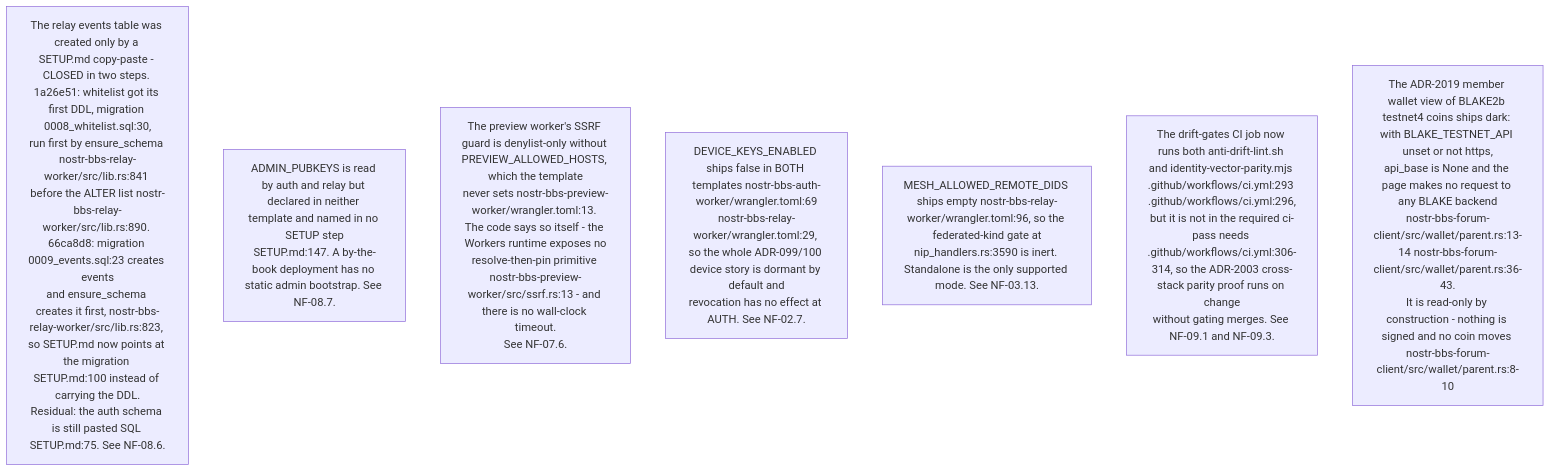
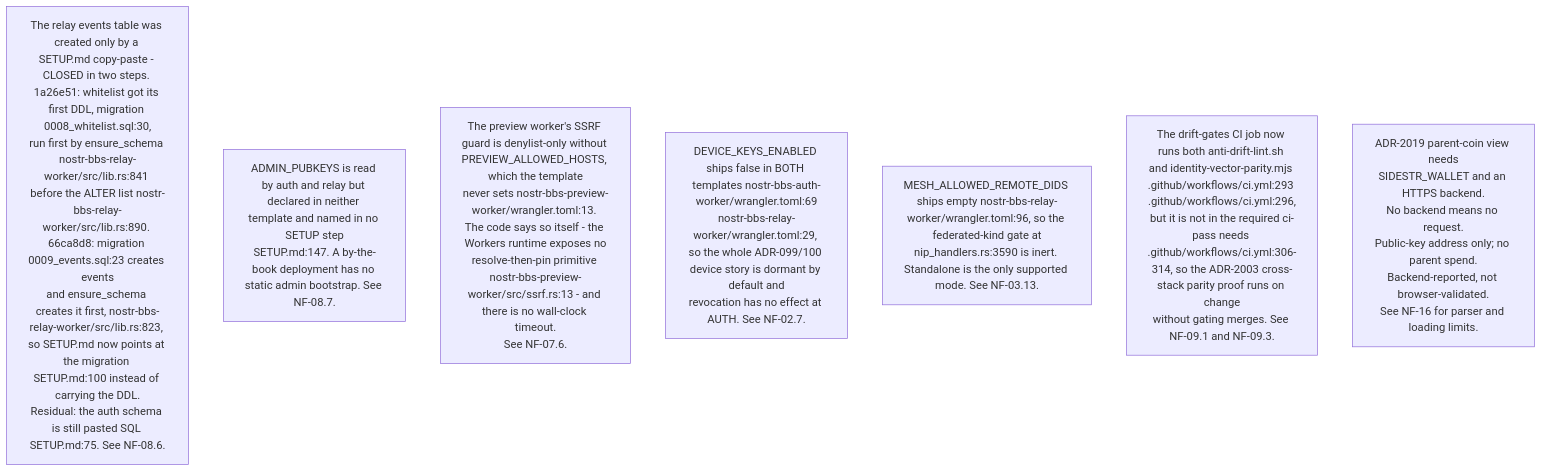
The sixth of 10 diagrams in docs/diagrams/nostr-rust-forum/10-invariants-and-anomaly-register.md (DreamLab-AI/VisionFlow), drawn with Mermaid before and after one commit. The commit also changed other lines of this file and 42 other files, not shown here.

Commit message:
docs(audit): review wallet custody and parent balance boundaries

````diff
--- a/docs/diagrams/nostr-rust-forum/10-invariants-and-anomaly-register.md
+++ b/docs/diagrams/nostr-rust-forum/10-invariants-and-anomaly-register.md
@@ -144,10 +145,14 @@
 ```mermaid
 flowchart TB
     S1["The relay events table was created only by a SETUP.md copy-paste - CLOSED in two steps. 1a26e51: whitelist got its first DDL, migration 0008_whitelist.sql:30,<br/>run first by ensure_schema nostr-bbs-relay-worker/src/lib.rs:841 before the ALTER list nostr-bbs-relay-worker/src/lib.rs:890. 66ca8d8: migration 0009_events.sql:23 creates events<br/>and ensure_schema creates it first, nostr-bbs-relay-worker/src/lib.rs:823, so SETUP.md now points at the migration SETUP.md:100 instead of carrying the DDL.<br/>Residual: the auth schema is still pasted SQL SETUP.md:75. See NF-08.6."]
     S2["ADMIN_PUBKEYS is read by auth and relay but declared in neither template and named in no SETUP step<br/>SETUP.md:147. A by-the-book deployment has no static admin bootstrap. See NF-08.7."]
     S3["The preview worker's SSRF guard is denylist-only without PREVIEW_ALLOWED_HOSTS, which the template<br/>never sets nostr-bbs-preview-worker/wrangler.toml:13. The code says so itself - the Workers runtime exposes no<br/>resolve-then-pin primitive nostr-bbs-preview-worker/src/ssrf.rs:13 - and there is no wall-clock timeout.<br/>See NF-07.6."]
     S4["DEVICE_KEYS_ENABLED ships false in BOTH templates nostr-bbs-auth-worker/wrangler.toml:69<br/>nostr-bbs-relay-worker/wrangler.toml:29, so the whole ADR-099/100 device story is dormant by default and<br/>revocation has no effect at AUTH. See NF-02.7."]
     S5["MESH_ALLOWED_REMOTE_DIDS ships empty nostr-bbs-relay-worker/wrangler.toml:96, so the federated-kind gate at<br/>nip_handlers.rs:3590 is inert. Standalone is the only supported mode. See NF-03.13."]
     S6["The drift-gates CI job now runs both anti-drift-lint.sh and identity-vector-parity.mjs .github/workflows/ci.yml:293 .github/workflows/ci.yml:296,<br/>but it is not in the required ci-pass needs .github/workflows/ci.yml:306-314, so the ADR-2003 cross-stack parity proof runs on change<br/>without gating merges. See NF-09.1 and NF-09.3."]
-    S7["The ADR-2019 member wallet view of BLAKE2b testnet4 coins ships dark: with BLAKE_TESTNET_API unset or not https,<br/>api_base is None and the page makes no request to any BLAKE backend<br/>nostr-bbs-forum-client/src/wallet/parent.rs:13-14 nostr-bbs-forum-client/src/wallet/parent.rs:36-43.<br/>It is read-only by construction - nothing is signed and no coin moves nostr-bbs-forum-client/src/wallet/parent.rs:8-10"]
+    %% Source: ../nostr-rust-forum/crates/nostr-bbs-forum-client/src/wallet/mod.rs:268
+    %% Source: ../nostr-rust-forum/crates/nostr-bbs-forum-client/src/wallet/parent.rs:50
+    %% Source: ../nostr-rust-forum/crates/nostr-bbs-forum-client/src/wallet/parent.rs:56
+    %% Source: ../nostr-rust-forum/crates/nostr-bbs-forum-client/src/wallet/parent.rs:63
+    S7["ADR-2019 parent-coin view needs<br/>SIDESTR_WALLET and an HTTPS backend.<br/>No backend means no request.<br/>Public-key address only; no parent spend.<br/>Backend-reported, not browser-validated.<br/>See NF-16 for parser and loading limits."]
 ```
````
